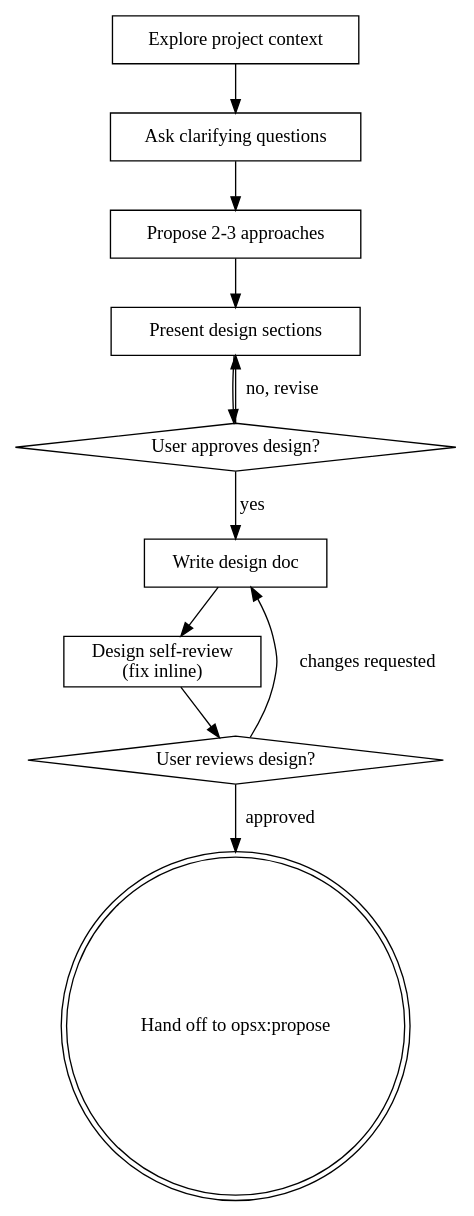
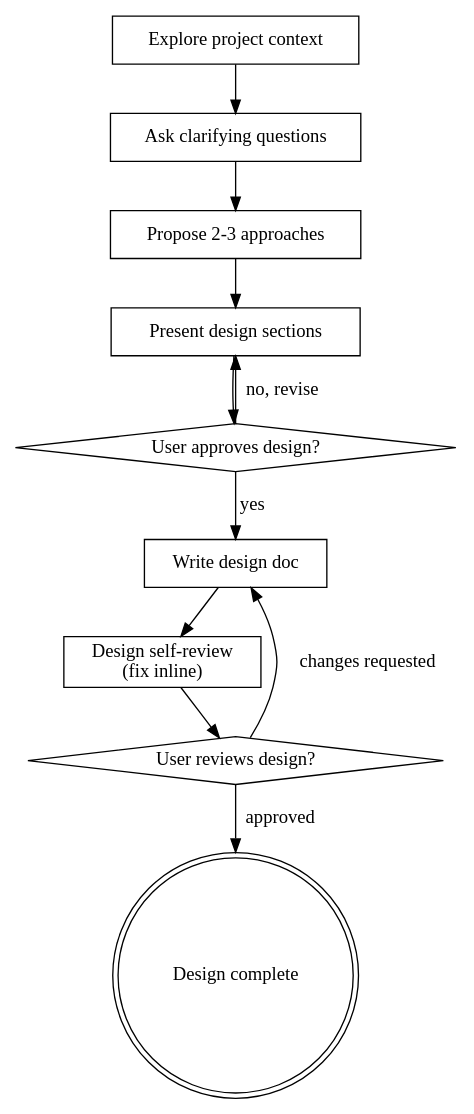
The diagram in .claude/skills/myspec-br/SKILL.md (LuSrackhall/myspec), drawn with Graphviz before and after one commit. The commit also changed other lines of this file, not shown here.

````diff
--- a/.claude/skills/myspec-br/SKILL.md
+++ b/.claude/skills/myspec-br/SKILL.md
@@ -35,24 +34,24 @@
 ```dot
 digraph brainstorming {
     "Explore project context" [shape=box];
     "Ask clarifying questions" [shape=box];
     "Propose 2-3 approaches" [shape=box];
     "Present design sections" [shape=box];
     "User approves design?" [shape=diamond];
     "Write design doc" [shape=box];
     "Design self-review\n(fix inline)" [shape=box];
     "User reviews design?" [shape=diamond];
-    "Hand off to opsx:propose" [shape=doublecircle];
+    "Design complete" [shape=doublecircle];
 
     "Explore project context" -> "Ask clarifying questions";
     "Ask clarifying questions" -> "Propose 2-3 approaches";
     "Propose 2-3 approaches" -> "Present design sections";
     "Present design sections" -> "User approves design?";
     "User approves design?" -> "Present design sections" [label="no, revise"];
     "User approves design?" -> "Write design doc" [label="yes"];
     "Write design doc" -> "Design self-review\n(fix inline)";
     "Design self-review\n(fix inline)" -> "User reviews design?";
     "User reviews design?" -> "Write design doc" [label="changes requested"];
-    "User reviews design?" -> "Hand off to opsx:propose" [label="approved"];
+    "User reviews design?" -> "Design complete" [label="approved"];
 }
 ```
````
